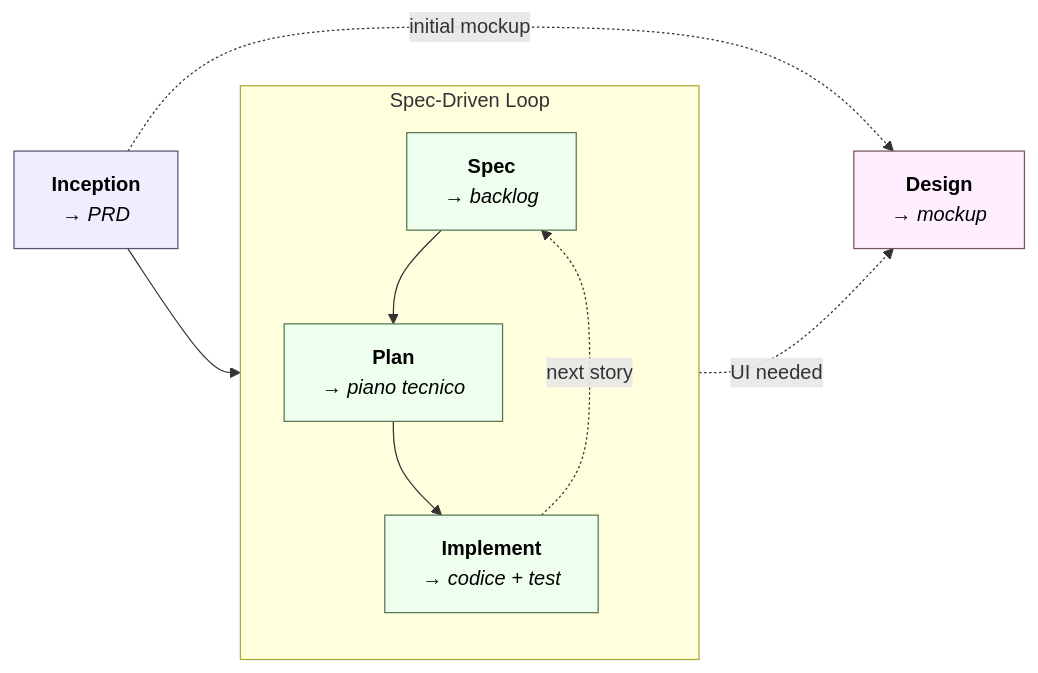
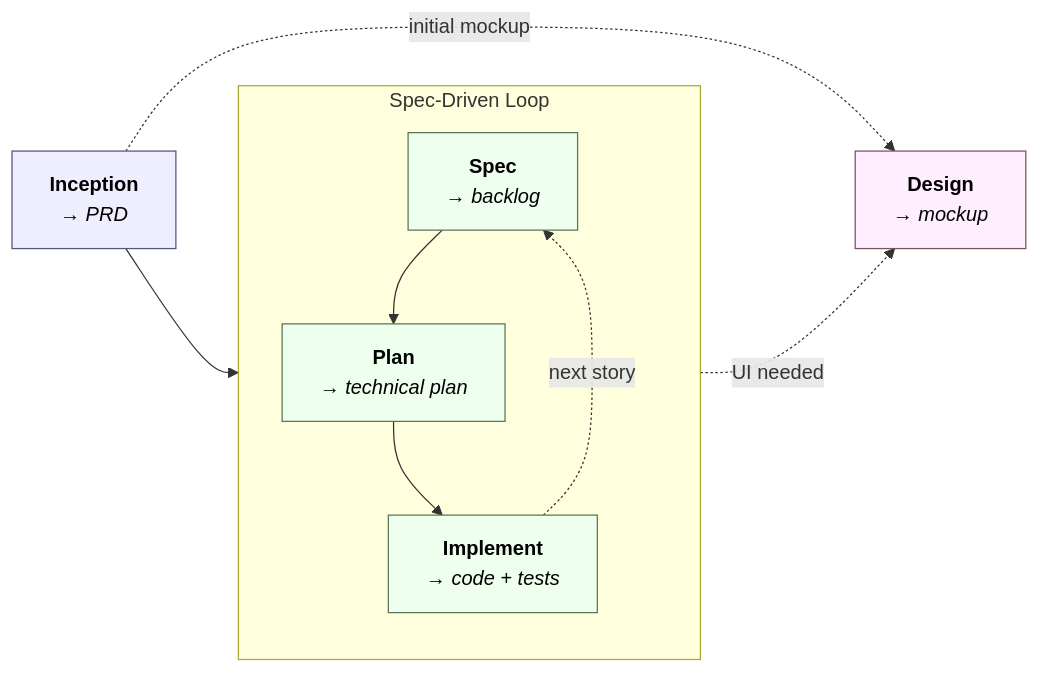
The diagram in README.md (techreloaded-ar/ARchetipo), drawn with Mermaid before and after one commit. The commit also changed other lines of this file and 2 other files, not shown here.

````diff
--- a/README.md
+++ b/README.md
@@ -64,21 +66,21 @@
 ```mermaid
 flowchart LR
     I["<b>Inception</b><br/><i>→ PRD</i>"] --> S
     I -. initial mockup .-> D["<b>Design</b><br/><i>→ mockup</i>"]
 
     subgraph Loop["Spec-Driven Loop"]
         direction TB
-        S["<b>Spec</b><br/><i>→ backlog</i>"] --> P["<b>Plan</b><br/><i>→ piano tecnico</i>"]
-        P --> IM["<b>Implement</b><br/><i>→ codice + test</i>"]
+        S["<b>Spec</b><br/><i>→ backlog</i>"] --> P["<b>Plan</b><br/><i>→ technical plan</i>"]
+        P --> IM["<b>Implement</b><br/><i>→ code + tests</i>"]
         IM -. next story .-> S
     end
 
     P -. UI needed .-> D
 
     classDef oneshot fill:#eef,stroke:#557,stroke-width:1px,color:#000;
     classDef loop fill:#efe,stroke:#575,stroke-width:1px,color:#000;
     classDef aside fill:#fef,stroke:#755,stroke-width:1px,color:#000;
     class I oneshot;
     class S,P,IM loop;
     class D aside;
 ```
````
